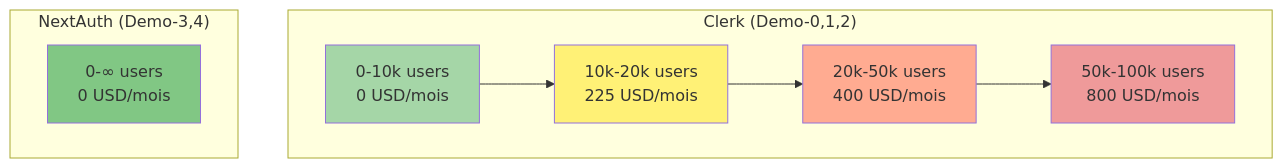
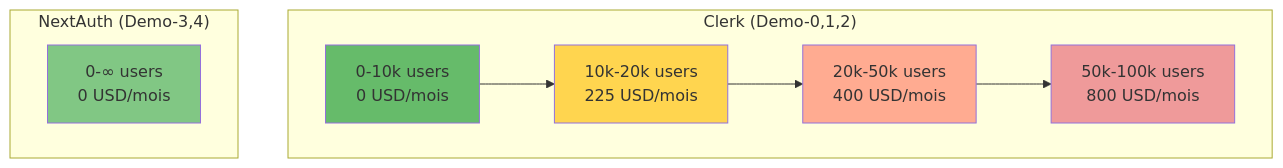
One commit to inskillflow/auths-1-NEXTJS-introduction changed diagram 27 of 39 in 02-DIAGRAMMES_ARCHITECTURES.md. Above: the diagram before and after it, drawn with Mermaid. The commit also changed other lines of this file, not shown here.

````diff
--- a/02-DIAGRAMMES_ARCHITECTURES.md
+++ b/02-DIAGRAMMES_ARCHITECTURES.md
@@ -912,23 +912,23 @@
 ```mermaid
 graph TD
     subgraph "Clerk (Demo-0,1,2)"
         C1["0-10k users<br/>0 USD/mois"]
         C2["10k-20k users<br/>225 USD/mois"]
         C3["20k-50k users<br/>400 USD/mois"]
         C4["50k-100k users<br/>800 USD/mois"]
     end
     
     subgraph "NextAuth (Demo-3,4)"
         N1["0-∞ users<br/>0 USD/mois"]
     end
     
     C1 --> C2
     C2 --> C3
     C3 --> C4
     
-    style C1 fill:#a5d6a7
-    style C2 fill:#fff176
+    style C1 fill:#66bb6a
+    style C2 fill:#ffd54f
     style C3 fill:#ffab91
     style C4 fill:#ef9a9a
     style N1 fill:#81c784
 ```
````
